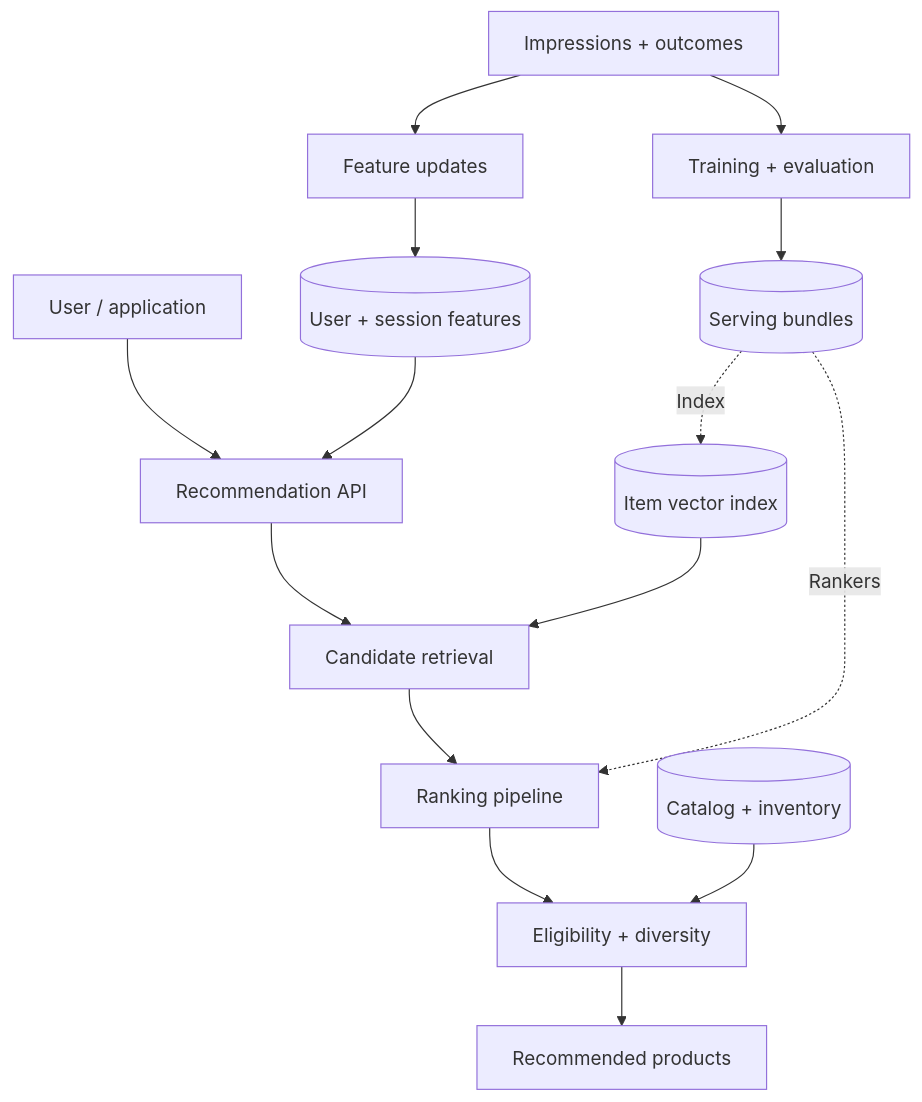
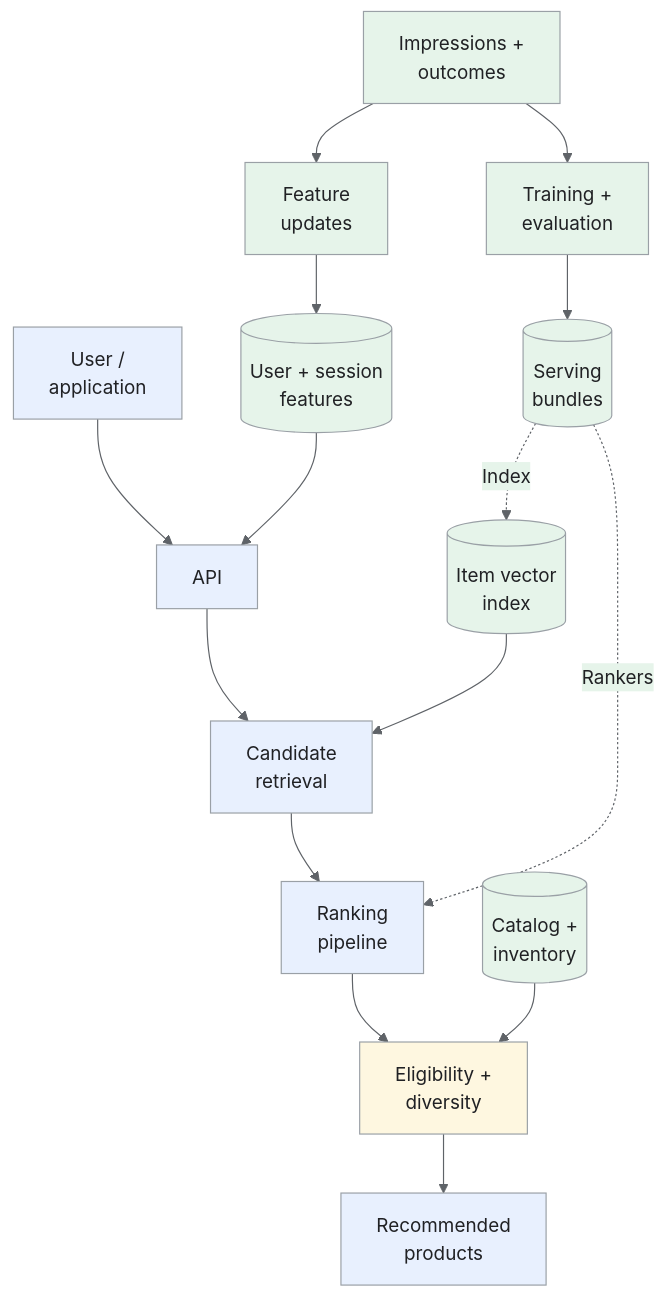
The first of 6 diagrams in _designs/product-recommendations.md (iliazlobin/iliazlobin.github.io), drawn with Mermaid before and after one commit. The commit also changed other lines of this file and 131 other files, not shown here.

````diff
--- a/_designs/product-recommendations.md
+++ b/_designs/product-recommendations.md
@@ -135,17 +139,25 @@
 ```mermaid
+%%{init: {'theme':'base','themeVariables':{'primaryColor':'#e8f0fe','primaryTextColor':'#202124','primaryBorderColor':'#9aa0a6','lineColor':'#5f6368','secondaryColor':'#e6f4ea','tertiaryColor':'#fef7e0','actorBkg':'#e8f0fe','actorBorder':'#9aa0a6','actorTextColor':'#202124','noteBkgColor':'#fef7e0','noteTextColor':'#202124','noteBorderColor':'#9aa0a6','signalColor':'#5f6368','signalTextColor':'#202124','labelBoxBkgColor':'#fef7e0','labelBoxBorderColor':'#9aa0a6'}}}%%
 flowchart TB
-  U["User / application"] --> API["Recommendation API"]
-  CONTEXT[("User + session features")] --> API
-  API --> RET["Candidate retrieval"]
-  IDX[("Item vector index")] --> RET
-  RET --> RANK["Ranking pipeline"]
-  RANK --> RULES["Eligibility + diversity"]
-  CATALOG[("Catalog + inventory")] --> RULES
-  RULES --> RESULT["Recommended products"]
-  EVENTS["Impressions + outcomes"] --> UPDATE["Feature updates"]
+  U["User /<br>application"] --> API["API"]
+  CONTEXT[("User + session<br>features")] --> API
+  API --> RET["Candidate<br>retrieval"]
+  IDX[("Item vector<br>index")] --> RET
+  RET --> RANK["Ranking<br>pipeline"]
+  RANK --> RULES["Eligibility +<br>diversity"]
+  CATALOG[("Catalog +<br>inventory")] --> RULES
+  RULES --> RESULT["Recommended<br>products"]
+  EVENTS["Impressions +<br>outcomes"] --> UPDATE["Feature<br>updates"]
   UPDATE --> CONTEXT
-  EVENTS --> TRAIN["Training + evaluation"]
-  TRAIN --> REG[("Serving bundles")]
+  EVENTS --> TRAIN["Training +<br>evaluation"]
+  TRAIN --> REG[("Serving<br>bundles")]
   REG -.->|"Index"| IDX
   REG -.->|"Rankers"| RANK
+classDef request fill:#e8f0fe,stroke:#9aa0a6,color:#202124;
+classDef data fill:#e6f4ea,stroke:#9aa0a6,color:#202124;
+classDef control fill:#fef7e0,stroke:#9aa0a6,color:#202124;
+class U,API,RET,RANK,RESULT request;
+class CONTEXT,IDX,CATALOG,EVENTS,UPDATE,TRAIN,REG data;
+class RULES control;
+
 ```
````
